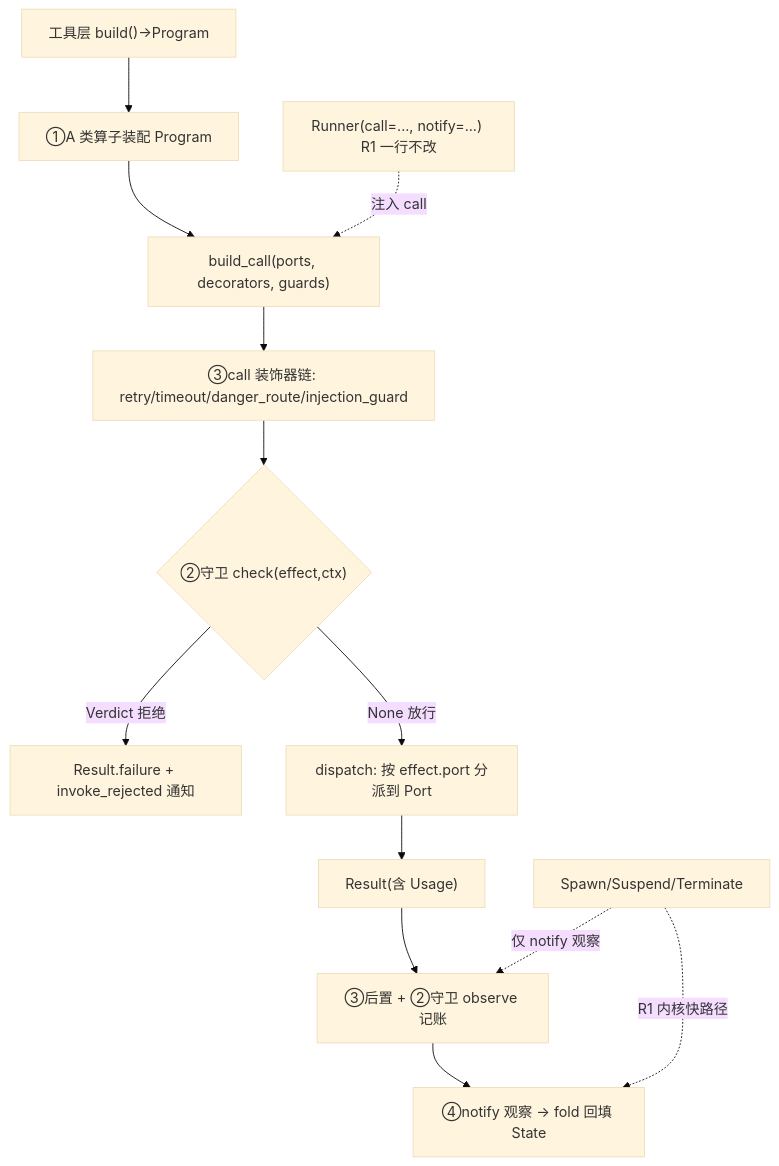
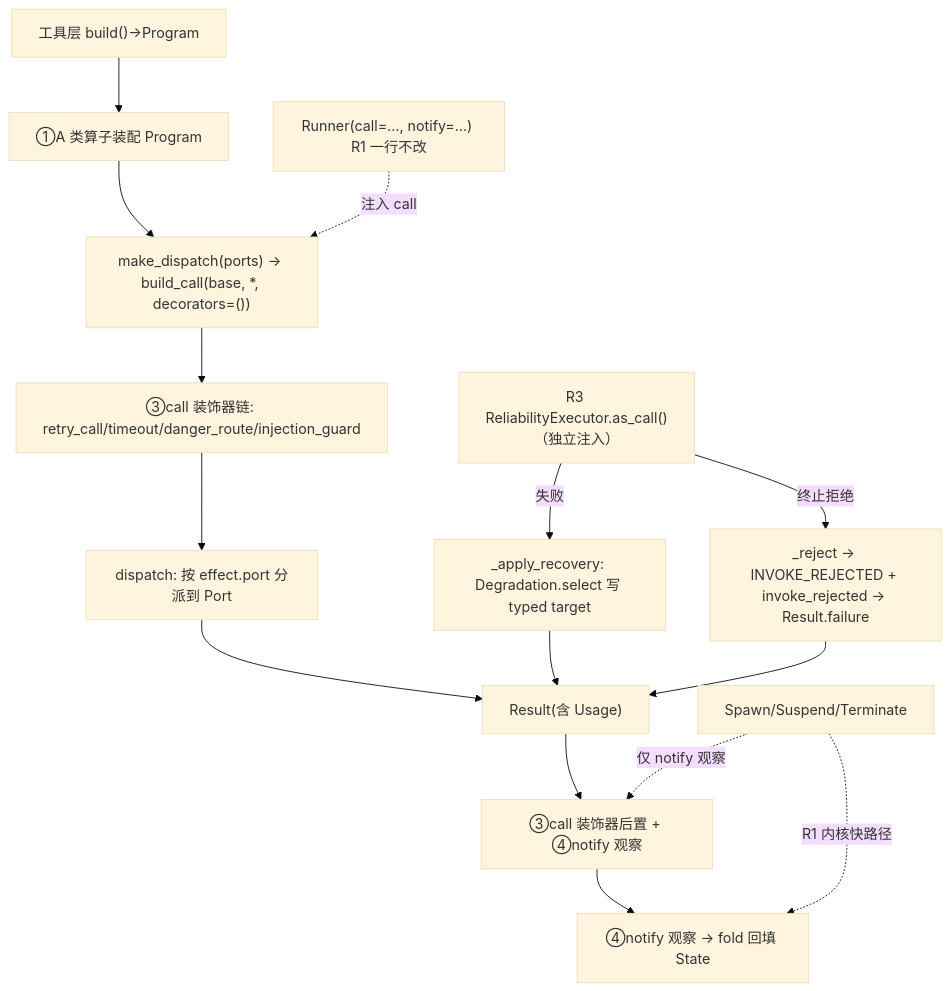
One commit to sao-lang/lll changed the diagram in docs/02-模块详设/Agent/R2-算子与装配.md. Above: the diagram before and after it, drawn with Mermaid (base theme). The commit also changed other lines of this file and 91 other files, not shown here.

````diff
--- a/docs/02-模块详设/Agent/R2-算子与装配.md
+++ b/docs/02-模块详设/Agent/R2-算子与装配.md
@@ -151,15 +151,17 @@
 ```mermaid
 flowchart TD
     U["工具层 build()→Program"] --> OP["①A 类算子装配 Program"]
-    OP --> BC["build_call(ports, decorators, guards)"]
-    BC --> DEC["③call 装饰器链: retry/timeout/danger_route/injection_guard"]
-    DEC --> GD{"②守卫 check(effect,ctx)"}
-    GD -->|Verdict 拒绝| RJ["Result.failure + invoke_rejected 通知"]
-    GD -->|None 放行| DSP["dispatch: 按 effect.port 分派到 Port"]
+    OP --> BC["make_dispatch(ports) → build_call(base, *, decorators=())"]
+    BC --> DEC["③call 装饰器链: retry_call/timeout/danger_route/injection_guard"]
+    DEC --> DSP["dispatch: 按 effect.port 分派到 Port"]
+    EX["R3 ReliabilityExecutor.as_call()（独立注入）"] -->|终止拒绝| RJ["_reject → INVOKE_REJECTED + invoke_rejected → Result.failure"]
+    EX -->|失败| DG["_apply_recovery: Degradation.select 写 typed target"]
     DSP --> RES["Result(含 Usage)"]
-    RES --> OBS["③后置 + ②守卫 observe 记账"]
+    DG --> RES
+    RJ --> RES
+    RES --> OBS["③call 装饰器后置 + ④notify 观察"]
     OBS --> FL["④notify 观察 → fold 回填 State"]
     INJ["Runner(call=..., notify=...) R1 一行不改"] -.注入 call.-> BC
     SP["Spawn/Suspend/Terminate"] -.R1 内核快路径.-> FL
     SP -.仅 notify 观察.-> OBS
 ```
````
